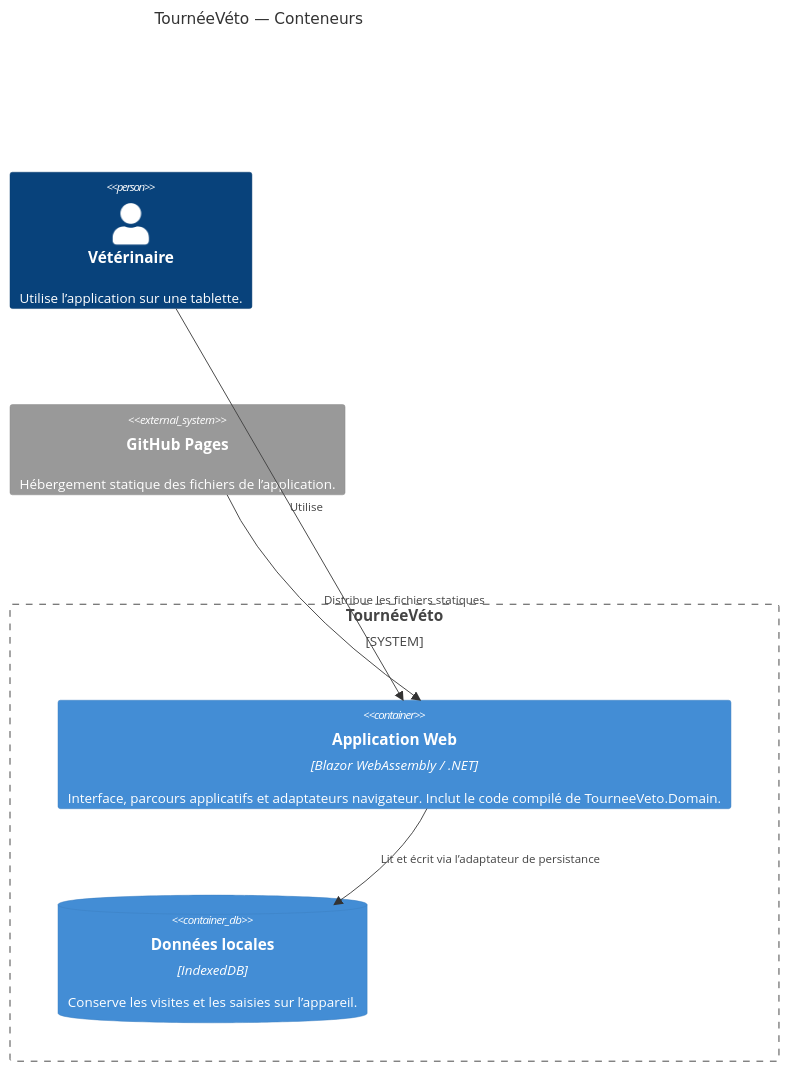
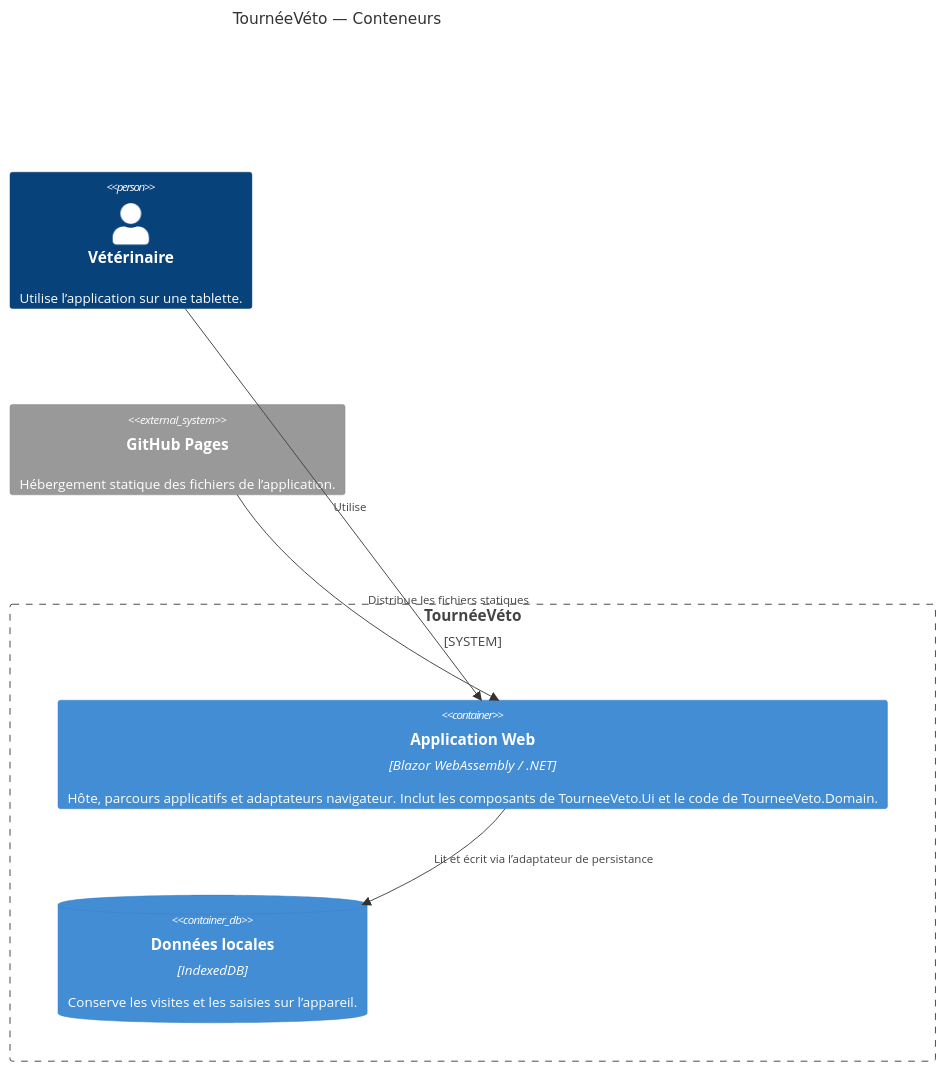
The second of 2 diagrams in docs/adr/0002-Structure.md (PhilippeDebigare-DSAHR/tourneeveto2026), drawn with Mermaid before and after one commit. The commit also changed other lines of this file and 87 other files, not shown here.

````diff
--- a/docs/adr/0002-Structure.md
+++ b/docs/adr/0002-Structure.md
@@ -64,17 +72,17 @@
 ```mermaid
 C4Container
     title TournéeVéto — Conteneurs
 
     Person(vet, "Vétérinaire", "Utilise l’application sur une tablette.")
 
     System_Boundary(app, "TournéeVéto") {
-        Container(web, "Application Web", "Blazor WebAssembly / .NET", "Interface, parcours applicatifs et adaptateurs navigateur. Inclut le code compilé de TourneeVeto.Domain.")
+        Container(web, "Application Web", "Blazor WebAssembly / .NET", "Hôte, parcours applicatifs et adaptateurs navigateur. Inclut les composants de TourneeVeto.Ui et le code de TourneeVeto.Domain.")
         ContainerDb(indexeddb, "Données locales", "IndexedDB", "Conserve les visites et les saisies sur l’appareil.")
     }
 
     System_Ext(hosting, "GitHub Pages", "Hébergement statique des fichiers de l’application.")
 
     Rel(vet, web, "Utilise")
     Rel(hosting, web, "Distribue les fichiers statiques")
     Rel(web, indexeddb, "Lit et écrit via l’adaptateur de persistance")
 ```
````
